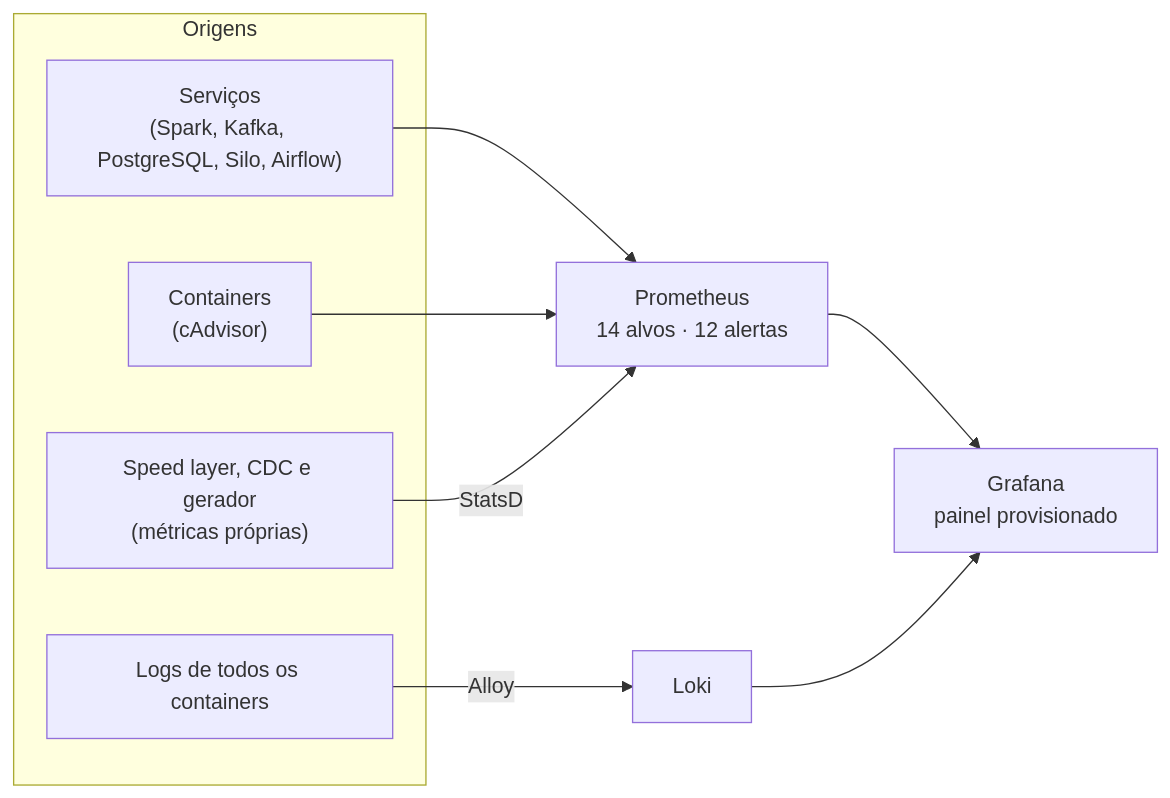
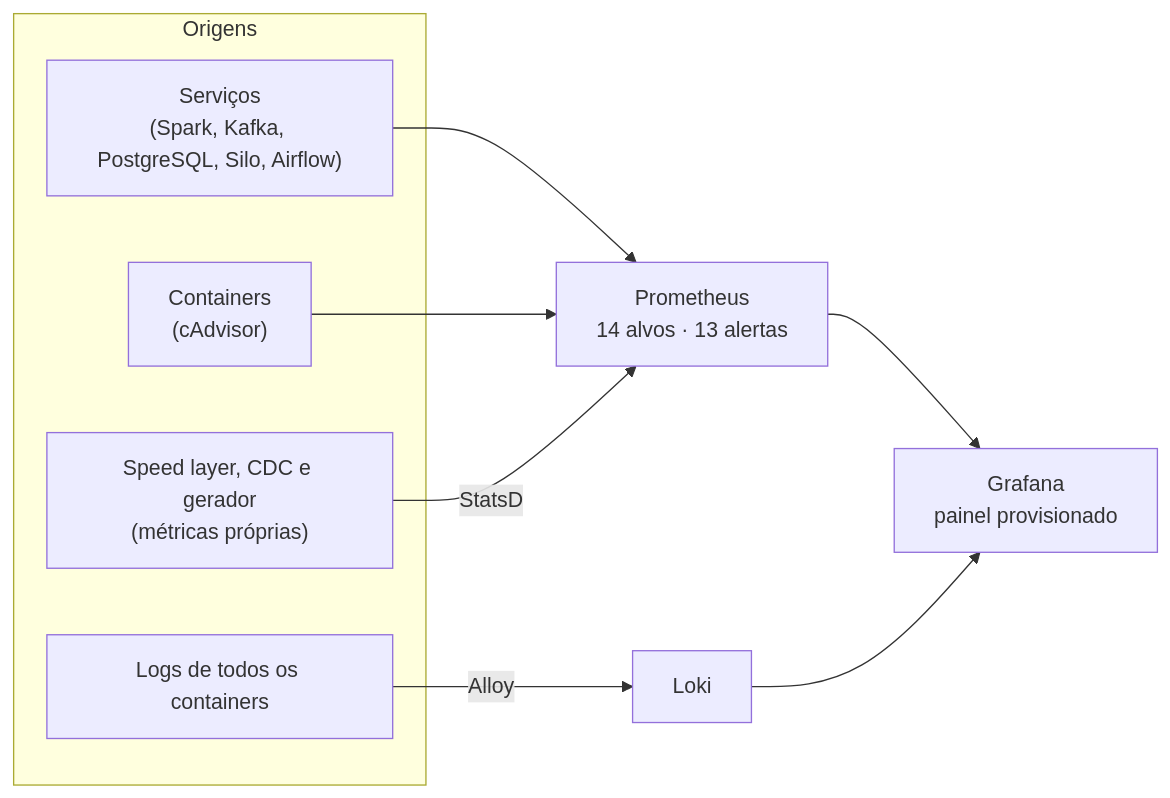
Before and after one commit to Dx028/case-saude: the sixth of 6 diagrams in README.md, drawn with Mermaid. The commit also changed other lines of this file and 16 other files, not shown here.

````diff
--- a/README.md
+++ b/README.md
@@ -333,18 +341,18 @@
 ```mermaid
 flowchart LR
     subgraph ORIGENS["Origens"]
         SVC["Serviços<br/>(Spark, Kafka, PostgreSQL, Silo, Airflow)"]
         CONT["Containers<br/>(cAdvisor)"]
         APPS["Speed layer, CDC e gerador<br/>(métricas próprias)"]
         LOGS["Logs de todos os containers"]
     end
-    PROM["Prometheus<br/>14 alvos · 12 alertas"]
+    PROM["Prometheus<br/>14 alvos · 13 alertas"]
     LOKI["Loki"]
     GRAF["Grafana<br/>painel provisionado"]
     SVC --> PROM
     CONT --> PROM
     APPS -->|"StatsD"| PROM
     LOGS -->|"Alloy"| LOKI
     PROM --> GRAF
     LOKI --> GRAF
 ```
````
